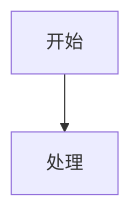
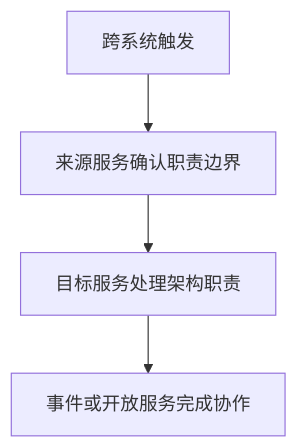
Before and after one commit to snbc-qihang/agent-skills: the first of 2 diagrams in skills/high-level-design/assets/high-level-design-template.md, drawn with Mermaid. The commit also changed other lines of this file and 31 other files, not shown here.

````diff
--- a/skills/high-level-design/assets/high-level-design-template.md
+++ b/skills/high-level-design/assets/high-level-design-template.md
@@ -48,4 +48,6 @@
 ```mermaid
 flowchart TD
-    A["开始"] --> B["处理"]
+    A["跨系统触发"] --> B["来源服务确认职责边界"]
+    B --> C["目标服务处理架构职责"]
+    C --> D["事件或开放服务完成协作"]
 ```
````
